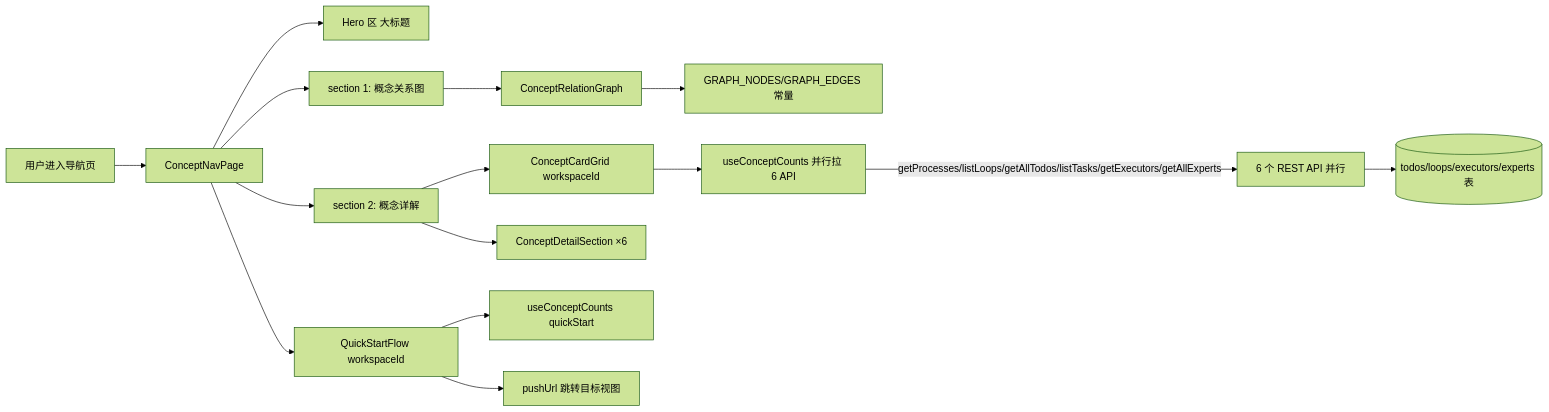
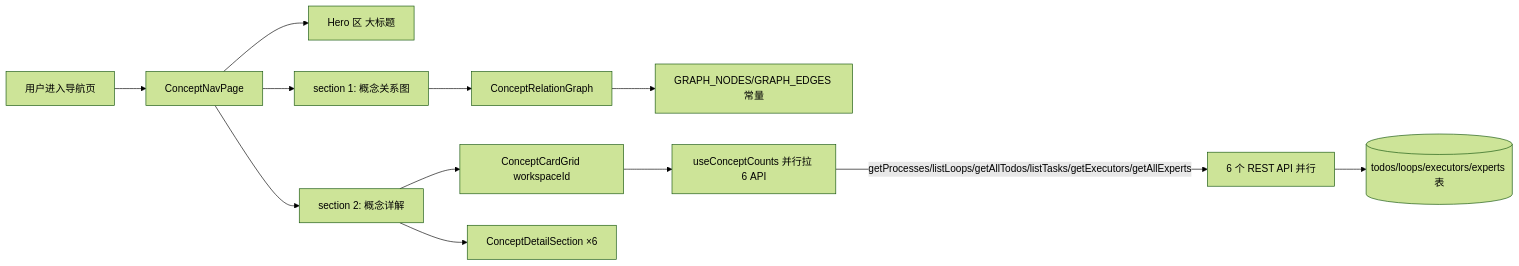
Before and after one commit to weibaohui/ntd: the diagram in frontend/src/help/pages/onboarding.md, drawn with Mermaid (forest theme). The commit also changed other lines of this file and 8 other files, not shown here.

````diff
--- a/frontend/src/help/pages/onboarding.md
+++ b/frontend/src/help/pages/onboarding.md
@@ -13,17 +13,14 @@
 ```mermaid
 flowchart LR
   U[用户进入导航页] --> CNP["ConceptNavPage"]
   CNP --> HERO["Hero 区 大标题"]
   CNP --> SEC1["section 1: 概念关系图"]
   SEC1 --> CRG["ConceptRelationGraph"]
   CRG --> NODES["GRAPH_NODES/GRAPH_EDGES 常量"]
   CNP --> SEC2["section 2: 概念详解"]
   SEC2 --> CCG["ConceptCardGrid workspaceId"]
   SEC2 --> CDS["ConceptDetailSection ×6"]
   CCG --> UCC["useConceptCounts 并行拉 6 API"]
   UCC --"getProcesses/listLoops/getAllTodos/listTasks/getExecutors/getAllExperts"--> API["6 个 REST API 并行"]
   API --> DB[(todos/loops/executors/experts 表)]
-  CNP --> QSF["QuickStartFlow workspaceId"]
-  QSF --> UCC2["useConceptCounts quickStart"]
-  QSF --> PUSH["pushUrl 跳转目标视图"]
 ```
````
